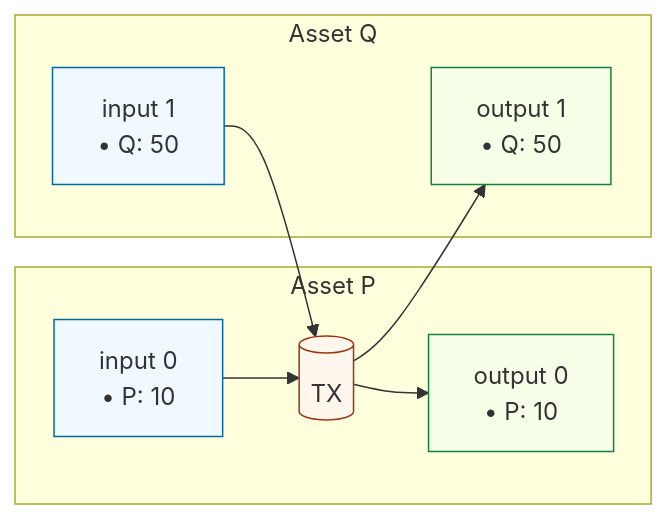
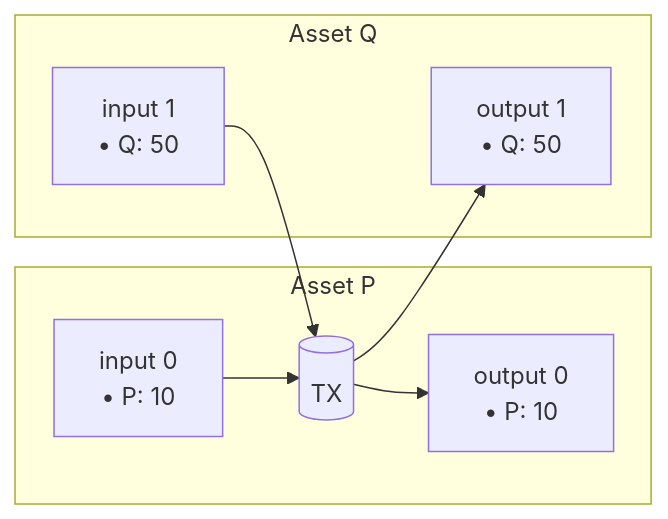
Before and after one commit to ArkLabsHQ/arkade-assets: the seventh of 13 diagrams in Arkade-Assets-Documentation.md, drawn with Mermaid. The commit also changed other lines of this file and 1 other file, not shown here.

````diff
--- a/Arkade-Assets-Documentation.md
+++ b/Arkade-Assets-Documentation.md
@@ -898,21 +869,14 @@
 ```mermaid
 flowchart LR
   TX[(TX)]
 
   subgraph Asset P
     i0["input 0<br/>• P: 10"] --> TX
     TX --> o0["output 0<br/>• P: 10"]
   end
 
   subgraph Asset Q
     i1["input 1<br/>• Q: 50"] --> TX
     TX --> o1["output 1<br/>• Q: 50"]
   end
-
-  classDef in fill:#f0f9ff,stroke:#0369a1,stroke-width:1px;
-  classDef out fill:#f7fee7,stroke:#15803d,stroke-width:1px;
-  classDef tx fill:#fff7ed,stroke:#9a3412,stroke-width:1px;
-  class i0,i1 in;
-  class o0,o1 out;
-  class TX tx;
 ```
````
